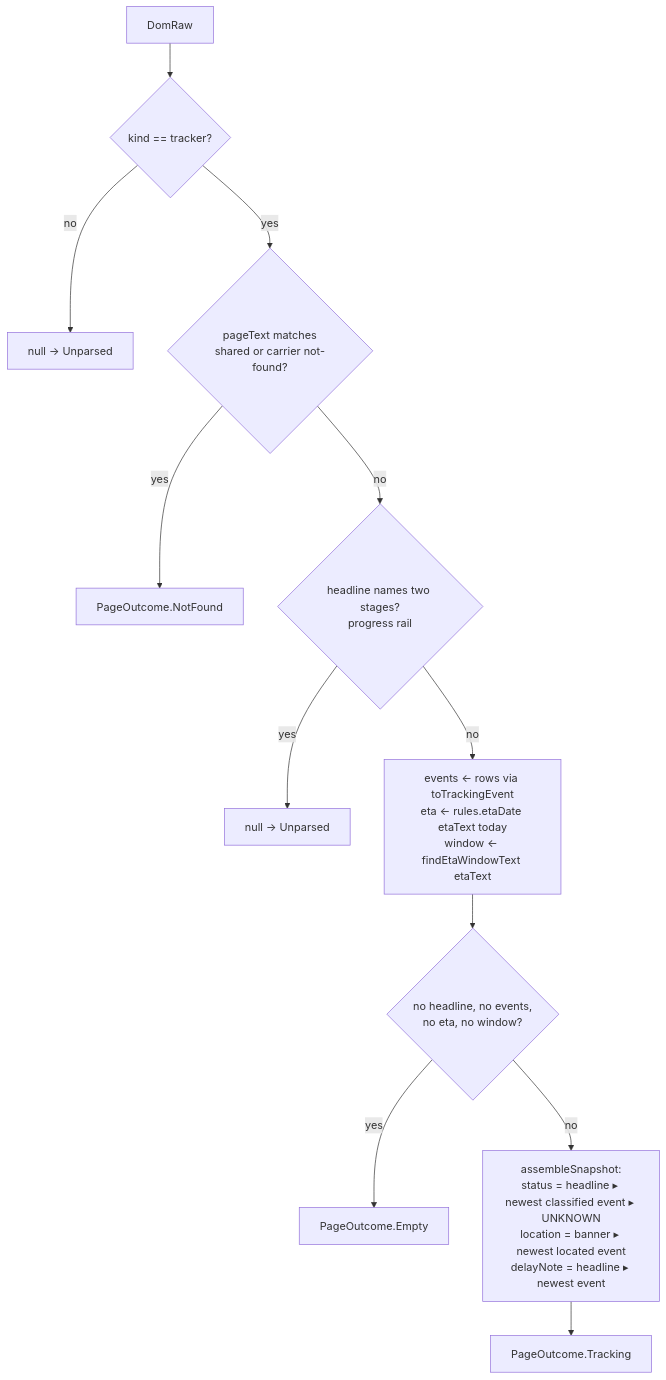
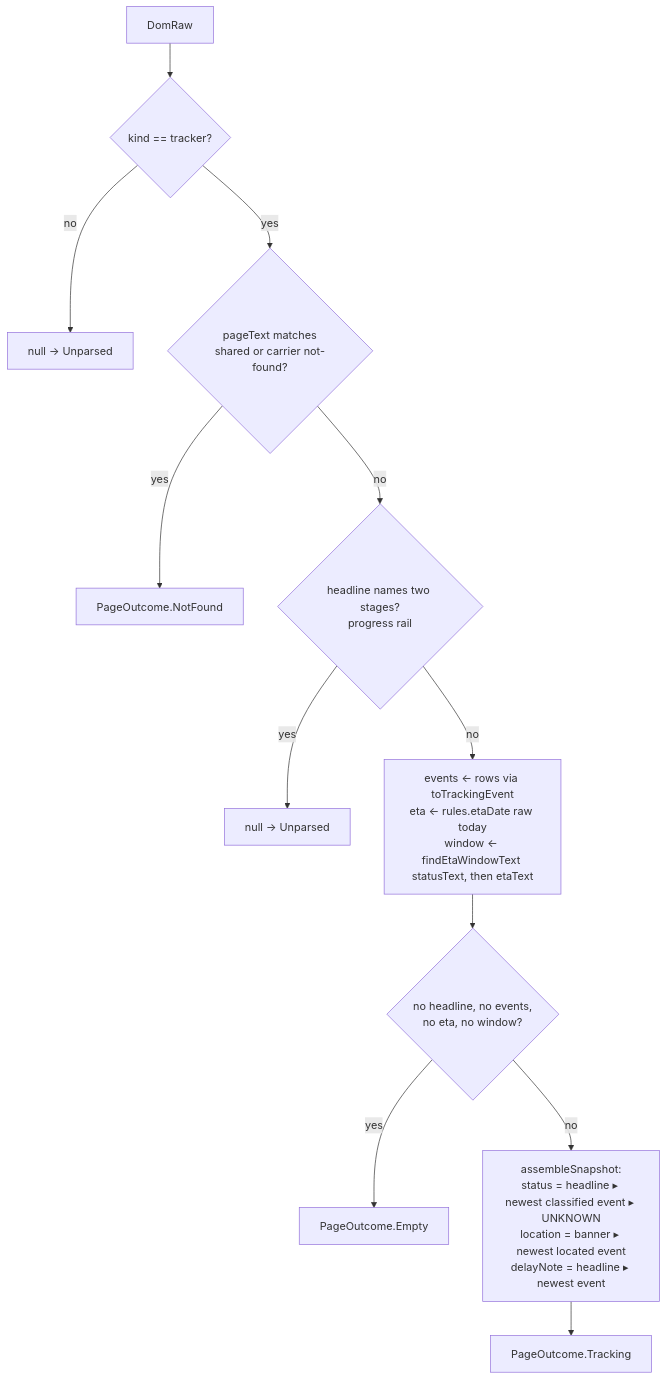
The third of 3 diagrams in SOURCE.md (dgmltn/ShipHappens), drawn with Mermaid before and after one commit. The commit also changed other lines of this file and 11 other files, not shown here.

First line of the commit message:
[architecture] Source consolidation increment 3a: page-wide ETA hook, Amazon tracker on the shared resolver, Settings order

````diff
--- a/SOURCE.md
+++ b/SOURCE.md
@@ -159,14 +159,14 @@
 ```mermaid
 flowchart TD
     A[DomRaw] --> B{kind == tracker?}
     B -- no --> N0[null → Unparsed]
     B -- yes --> C{pageText matches<br/>shared or carrier not-found?}
     C -- yes --> NF[PageOutcome.NotFound]
     C -- no --> D{headline names two stages?<br/>progress rail}
     D -- yes --> N1[null → Unparsed]
-    D -- no --> E[events ← rows via toTrackingEvent<br/>eta ← rules.etaDate etaText today<br/>window ← findEtaWindowText etaText]
+    D -- no --> E[events ← rows via toTrackingEvent<br/>eta ← rules.etaDate raw today<br/>window ← findEtaWindowText statusText, then etaText]
     E --> F{no headline, no events,<br/>no eta, no window?}
     F -- yes --> EM[PageOutcome.Empty]
     F -- no --> G[assembleSnapshot:<br/>status = headline ▸ newest classified event ▸ UNKNOWN<br/>location = banner ▸ newest located event<br/>delayNote = headline ▸ newest event]
     G --> T[PageOutcome.Tracking]
 ```
````
